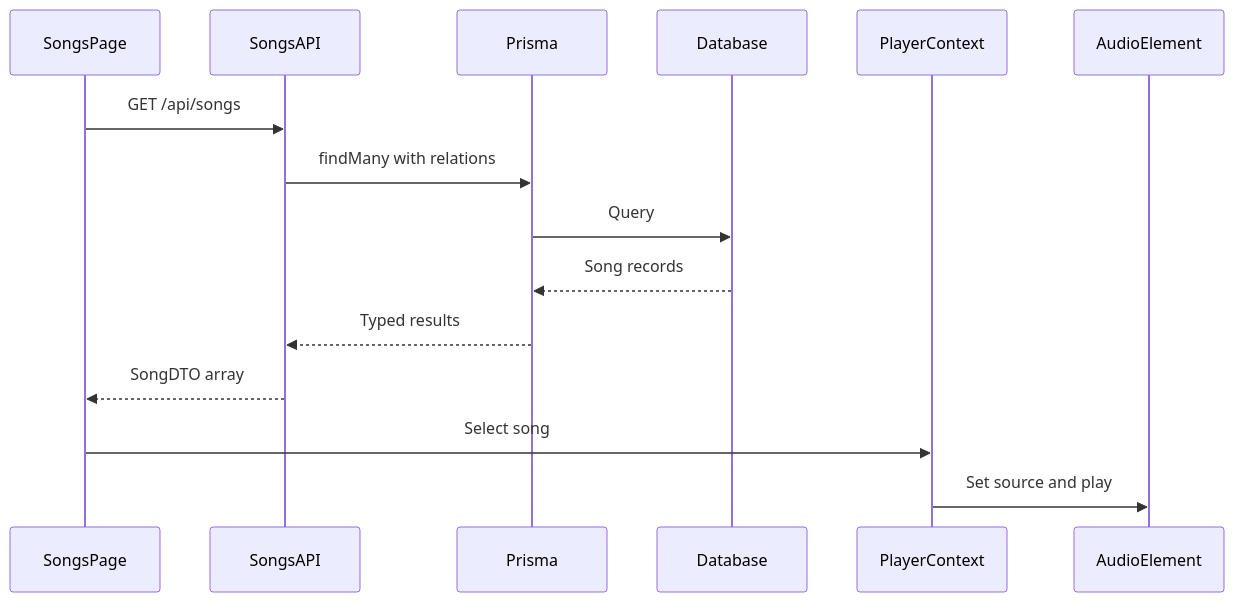
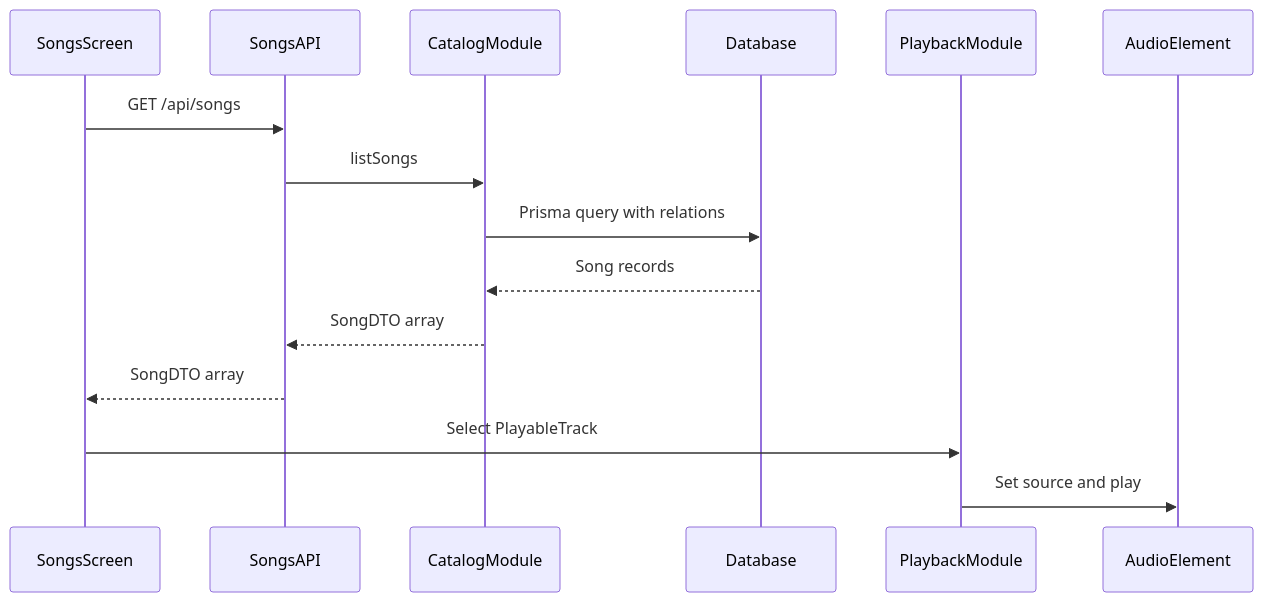
Before and after one commit to Mikaila94/spotify: the second of 2 diagrams in docs/architecture/overview.md, drawn with Mermaid. The commit also changed other lines of this file and 63 other files, not shown here.

````diff
--- a/docs/architecture/overview.md
+++ b/docs/architecture/overview.md
@@ -84,18 +86,18 @@
 ```mermaid
 sequenceDiagram
-  participant SongsPage
+  participant SongsScreen
   participant SongsAPI
-  participant Prisma
+  participant CatalogModule
   participant Database
-  participant PlayerContext
+  participant PlaybackModule
   participant AudioElement
 
-  SongsPage->>SongsAPI: GET /api/songs
-  SongsAPI->>Prisma: findMany with relations
-  Prisma->>Database: Query
-  Database-->>Prisma: Song records
-  Prisma-->>SongsAPI: Typed results
-  SongsAPI-->>SongsPage: SongDTO array
-  SongsPage->>PlayerContext: Select song
-  PlayerContext->>AudioElement: Set source and play
+  SongsScreen->>SongsAPI: GET /api/songs
+  SongsAPI->>CatalogModule: listSongs
+  CatalogModule->>Database: Prisma query with relations
+  Database-->>CatalogModule: Song records
+  CatalogModule-->>SongsAPI: SongDTO array
+  SongsAPI-->>SongsScreen: SongDTO array
+  SongsScreen->>PlaybackModule: Select PlayableTrack
+  PlaybackModule->>AudioElement: Set source and play
 ```
````
